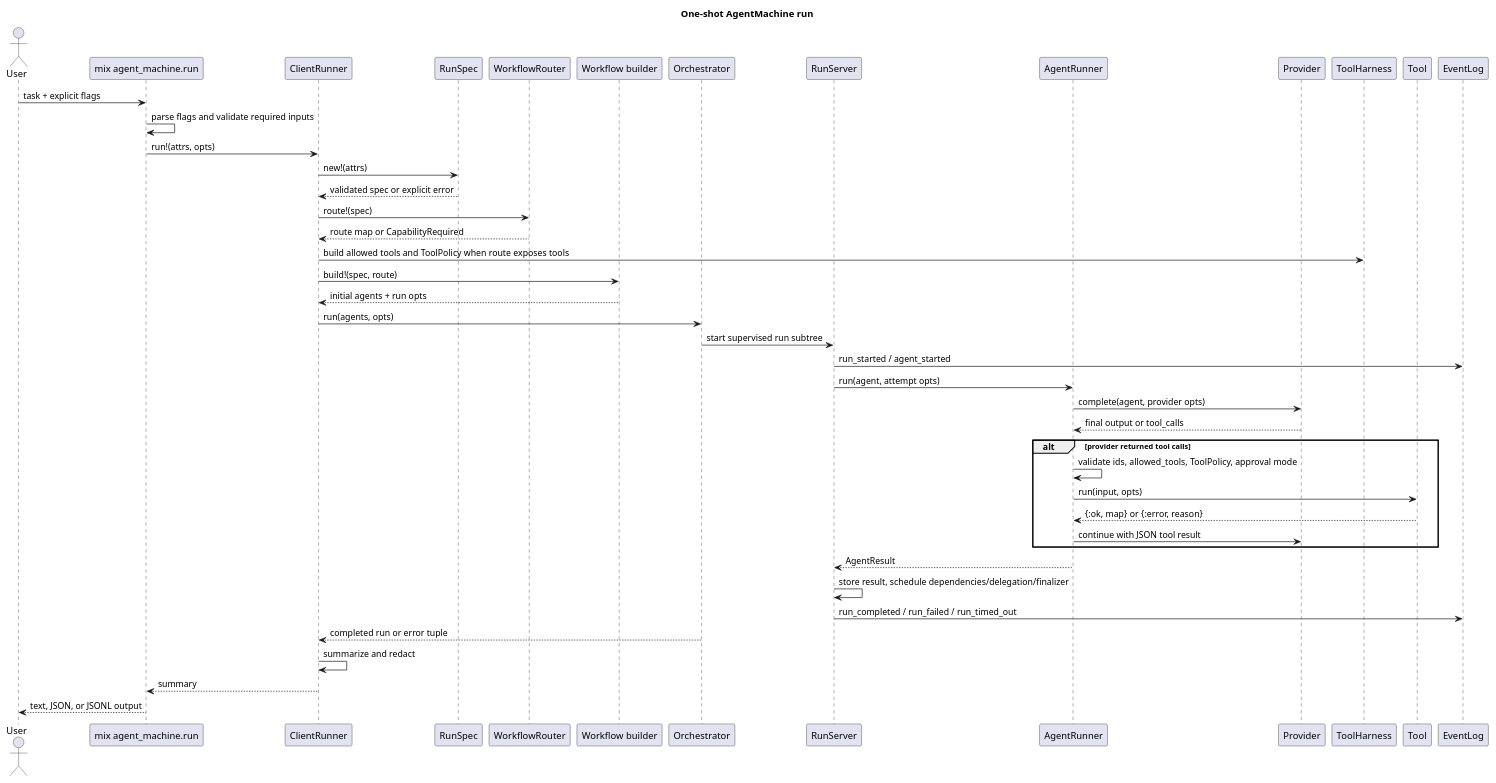
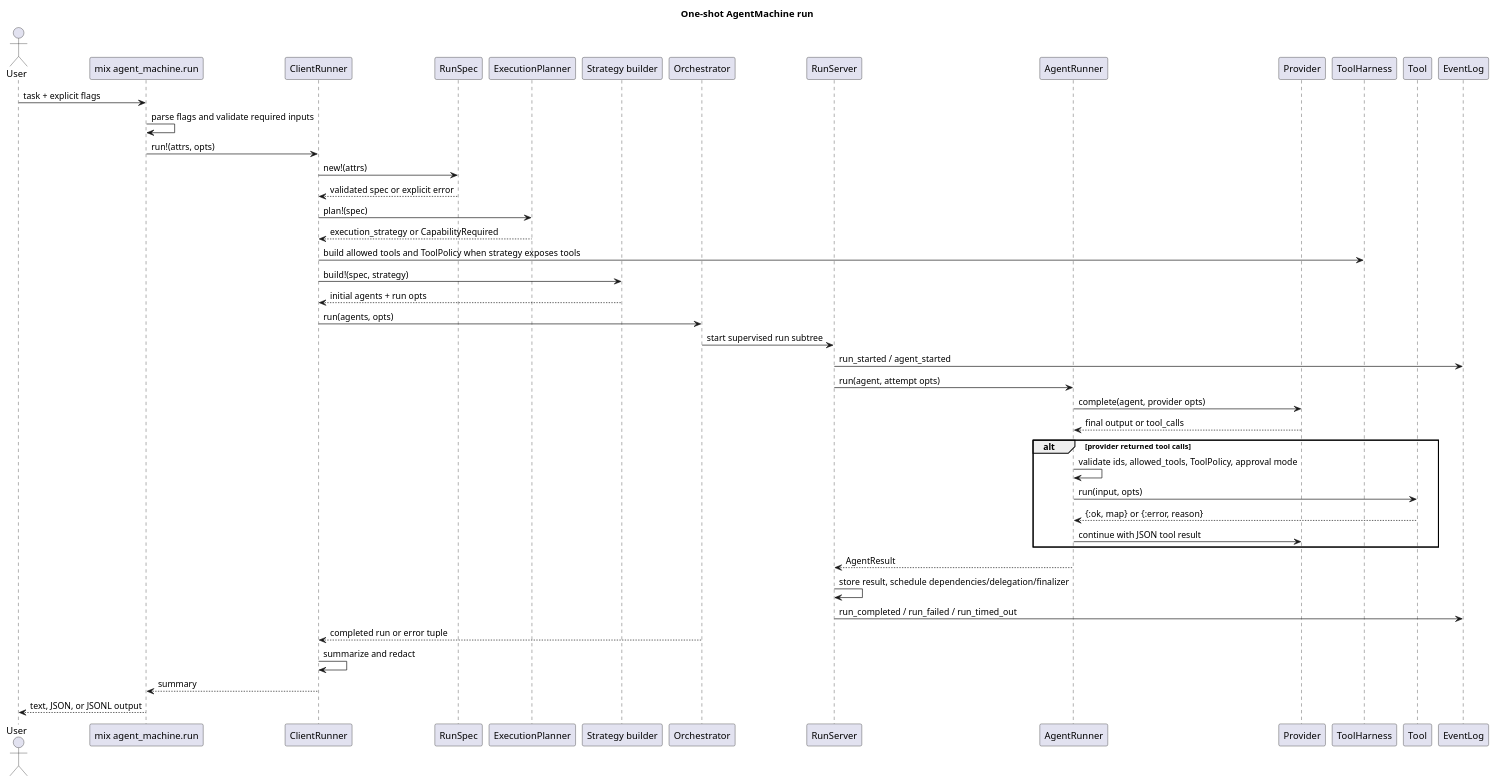
Before and after one commit to pawel-dubiel/AgentMachine: the first of 6 diagrams in docs/runtime-flow.md, drawn with PlantUML. The commit also changed other lines of this file and 55 other files, not shown here.

````diff
--- a/docs/runtime-flow.md
+++ b/docs/runtime-flow.md
@@ -34,49 +34,49 @@
 ```plantuml
 @startuml
 title One-shot AgentMachine run
 
 actor User
 participant "mix agent_machine.run" as MixRun
 participant ClientRunner
 participant RunSpec
-participant WorkflowRouter as Router
-participant "Workflow builder" as Workflow
+participant ExecutionPlanner as Planner
+participant "Strategy builder" as Strategy
 participant Orchestrator
 participant RunServer
 participant AgentRunner
 participant Provider
 participant ToolHarness
 participant Tool
 participant EventLog
 
 User -> MixRun: task + explicit flags
 MixRun -> MixRun: parse flags and validate required inputs
 MixRun -> ClientRunner: run!(attrs, opts)
 ClientRunner -> RunSpec: new!(attrs)
 RunSpec --> ClientRunner: validated spec or explicit error
-ClientRunner -> Router: route!(spec)
-Router --> ClientRunner: route map or CapabilityRequired
-ClientRunner -> ToolHarness: build allowed tools and ToolPolicy when route exposes tools
-ClientRunner -> Workflow: build!(spec, route)
-Workflow --> ClientRunner: initial agents + run opts
+ClientRunner -> Planner: plan!(spec)
+Planner --> ClientRunner: execution_strategy or CapabilityRequired
+ClientRunner -> ToolHarness: build allowed tools and ToolPolicy when strategy exposes tools
+ClientRunner -> Strategy: build!(spec, strategy)
+Strategy --> ClientRunner: initial agents + run opts
 ClientRunner -> Orchestrator: run(agents, opts)
 Orchestrator -> RunServer: start supervised run subtree
 RunServer -> EventLog: run_started / agent_started
 RunServer -> AgentRunner: run(agent, attempt opts)
 AgentRunner -> Provider: complete(agent, provider opts)
 Provider --> AgentRunner: final output or tool_calls
 alt provider returned tool calls
   AgentRunner -> AgentRunner: validate ids, allowed_tools, ToolPolicy, approval mode
   AgentRunner -> Tool: run(input, opts)
   Tool --> AgentRunner: {:ok, map} or {:error, reason}
   AgentRunner -> Provider: continue with JSON tool result
 end
 AgentRunner --> RunServer: AgentResult
 RunServer -> RunServer: store result, schedule dependencies/delegation/finalizer
 RunServer -> EventLog: run_completed / run_failed / run_timed_out
 Orchestrator --> ClientRunner: completed run or error tuple
 ClientRunner -> ClientRunner: summarize and redact
 ClientRunner --> MixRun: summary
 MixRun --> User: text, JSON, or JSONL output
 @enduml
 ```
````
